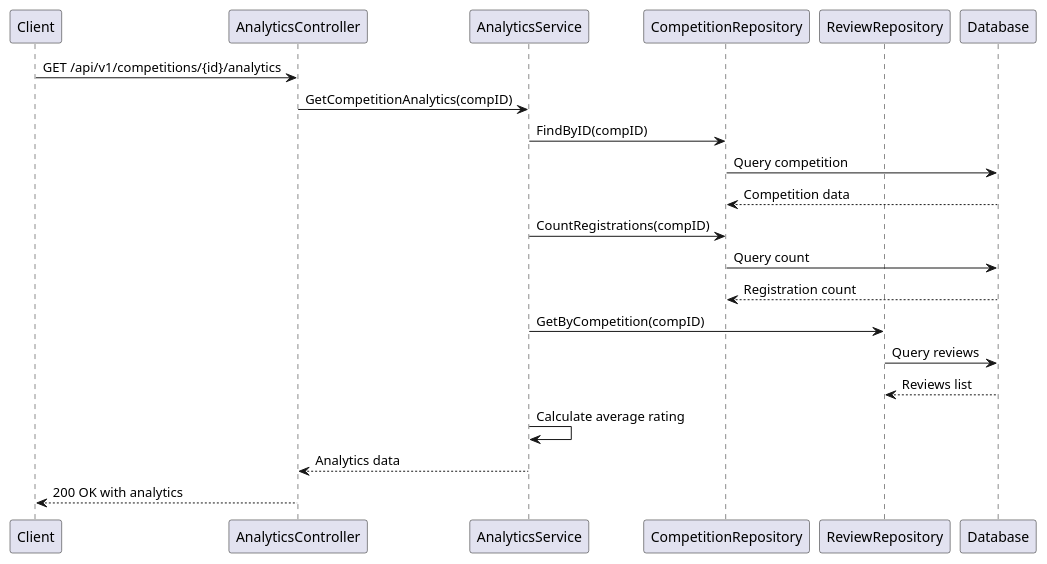
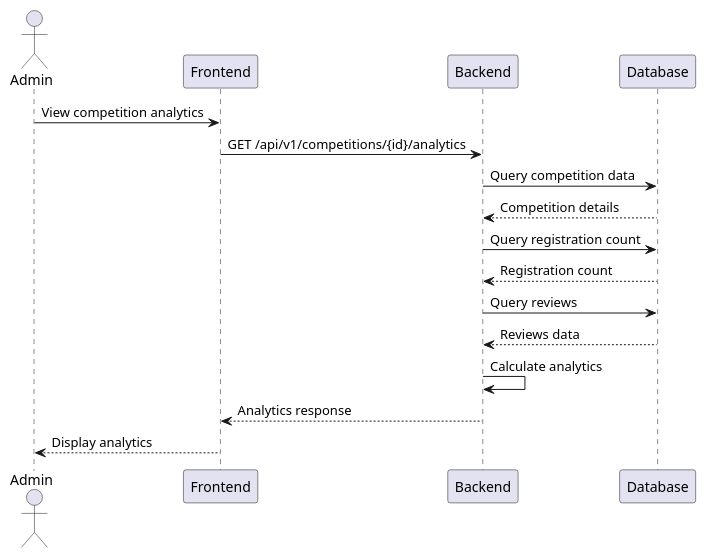
One commit to YukLomba/BE-YukLomba changed the diagram in docs/sequence_diagrams/get_competition_analytics.puml. Above: the diagram before and after it, drawn with PlantUML. The commit also changed 15 other files, not shown here.

Commit message:
add diagram

```diff
--- a/docs/sequence_diagrams/get_competition_analytics.puml
+++ b/docs/sequence_diagrams/get_competition_analytics.puml
@@ -1,23 +1,20 @@
-@startuml
-participant Client
-participant AnalyticsController
-participant AnalyticsService
-participant CompetitionRepository
-participant ReviewRepository
+@startuml Get Competition Analytics
+
+actor Admin
+participant Frontend
+participant Backend
 participant Database
 
-Client -> AnalyticsController: GET /api/v1/competitions/{id}/analytics
-AnalyticsController -> AnalyticsService: GetCompetitionAnalytics(compID)
-AnalyticsService -> CompetitionRepository: FindByID(compID)
-CompetitionRepository -> Database: Query competition
-Database --> CompetitionRepository: Competition data
-AnalyticsService -> CompetitionRepository: CountRegistrations(compID)
-CompetitionRepository -> Database: Query count
-Database --> CompetitionRepository: Registration count
-AnalyticsService -> ReviewRepository: GetByCompetition(compID)
-ReviewRepository -> Database: Query reviews
-Database --> ReviewRepository: Reviews list
-AnalyticsService -> AnalyticsService: Calculate average rating
-AnalyticsService --> AnalyticsController: Analytics data
-AnalyticsController --> Client: 200 OK with analytics
+Admin -> Frontend: View competition analytics
+Frontend -> Backend: GET /api/v1/competitions/{id}/analytics
+Backend -> Database: Query competition data
+Database --> Backend: Competition details
+Backend -> Database: Query registration count
+Database --> Backend: Registration count
+Backend -> Database: Query reviews
+Database --> Backend: Reviews data
+Backend -> Backend: Calculate analytics
+Backend --> Frontend: Analytics response
+Frontend --> Admin: Display analytics
+
 @enduml
```
